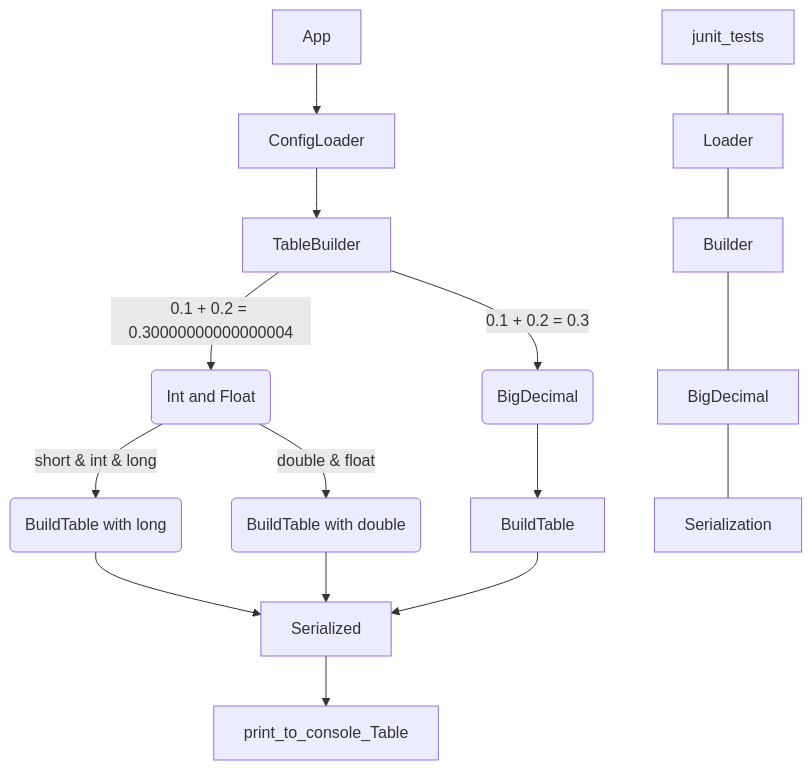
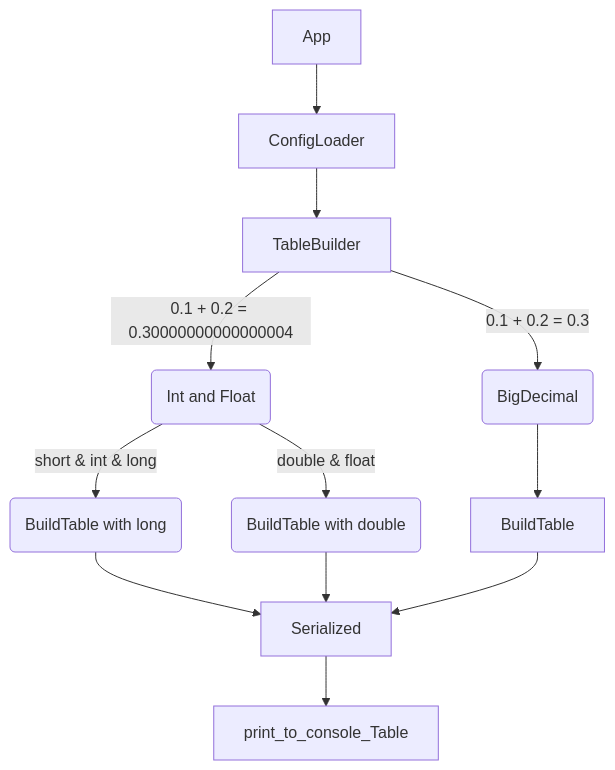
One commit to RomanSpichak/practical-2 changed the first of 2 diagrams in GamePlan.md. Above: the diagram before and after it, drawn with Mermaid. The commit also changed other lines of this file and 3 other files, not shown here.

````diff
--- a/GamePlan.md
+++ b/GamePlan.md
@@ -3,19 +5,13 @@
 ```mermaid
 graph TD
     App --> ConfigLoader --> 
         TableBuilder --> 
             |0.1 + 0.2 = 0.30000000000000004| 1(Int and Float) --> 
                 |short & int & long| 1a(BuildTable with long) --> Serialized
             1(Int and Float) --> 
                 |double & float| 1b(BuildTable with double) --> Serialized
         TableBuilder --> 
         |0.1 + 0.2 = 0.3| 2(BigDecimal) -->
             BuildTable --> Serialized -->
             print_to_console_Table
-
-    junit_tests --- Loader
-    Loader --- Builder
-    Builder --- BigDecimal
-    BigDecimal --- Serialization
-    
 ```
````
